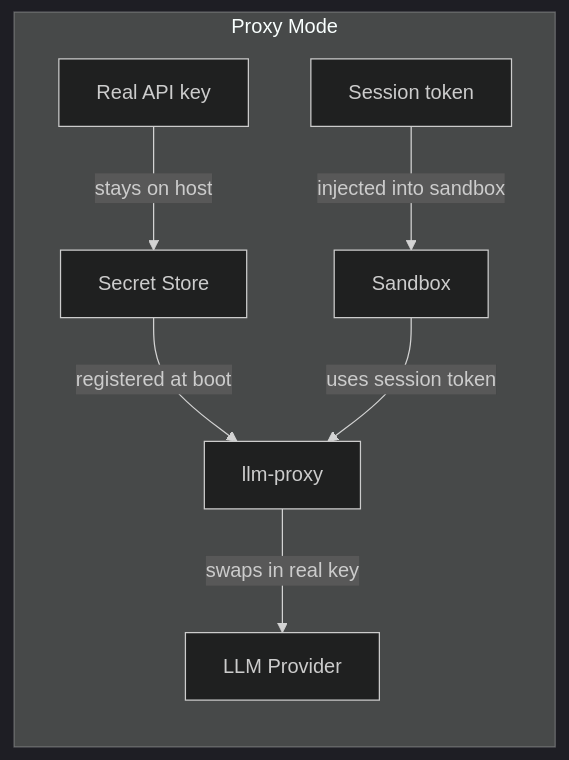
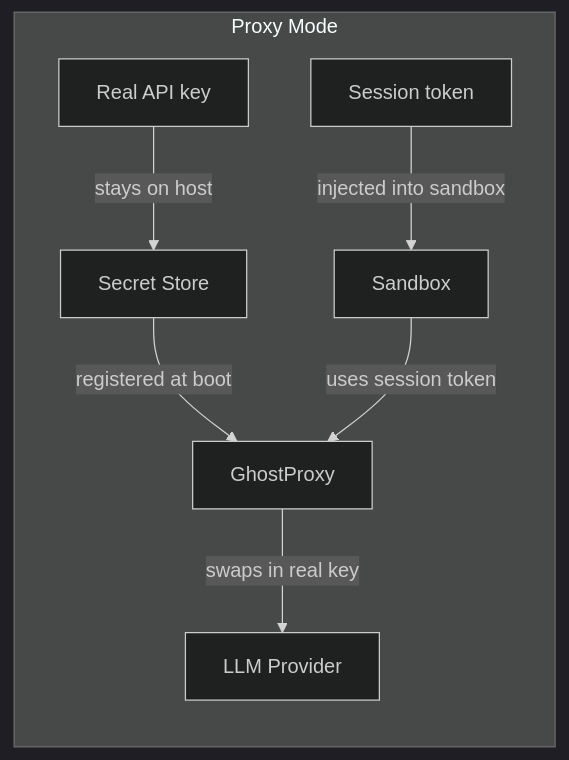
The first of 3 diagrams in docs/credentials.md (Travbz/control-plane), drawn with Mermaid (dark theme) before and after one commit. The commit also changed other lines of this file and 6 other files, not shown here.

````diff
--- a/docs/credentials.md
+++ b/docs/credentials.md
@@ -7,10 +7,10 @@
 ```mermaid
 flowchart LR
     subgraph proxy [Proxy Mode]
         RealKey1[Real API key] -->|stays on host| SecretStore[Secret Store]
-        SecretStore -->|registered at boot| LLMProxy[llm-proxy]
+        SecretStore -->|registered at boot| LLMProxy[GhostProxy]
         SessionToken[Session token] -->|injected into sandbox| Sandbox1[Sandbox]
         Sandbox1 -->|uses session token| LLMProxy
         LLMProxy -->|swaps in real key| Provider[LLM Provider]
     end
 ```
````
